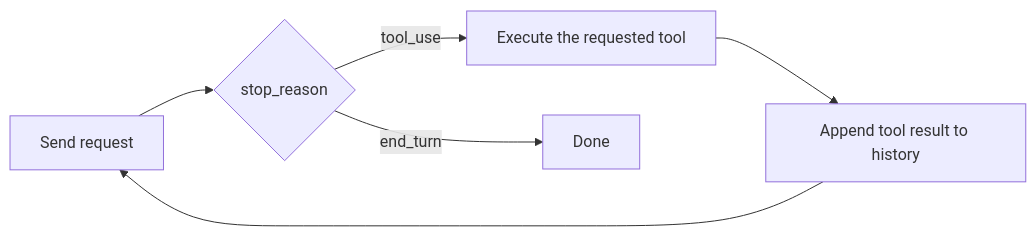
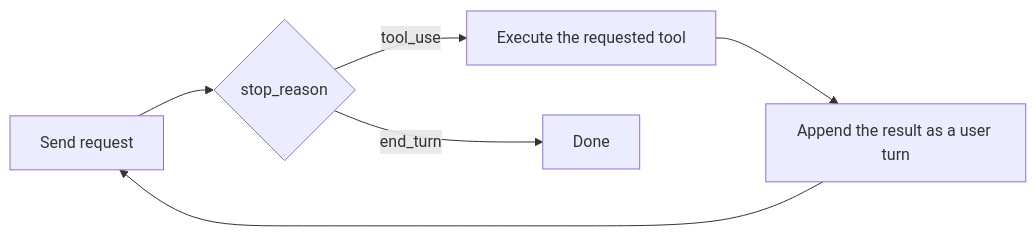
Before and after one commit to Amey-Thakur/CLAUDE-CERTIFICATIONS: the first of 2 diagrams in architect-foundations/notes.md, drawn with Mermaid. The commit also changed other lines of this file and 34 other files, not shown here.

````diff
--- a/architect-foundations/notes.md
+++ b/architect-foundations/notes.md
@@ -20,8 +20,8 @@
 ```mermaid
 flowchart LR
     S[Send request] --> R{stop_reason}
     R -->|tool_use| T[Execute the requested tool]
-    T --> A[Append tool result to history]
+    T --> A[Append the result as a user turn]
     A --> S
     R -->|end_turn| D[Done]
 ```
````
